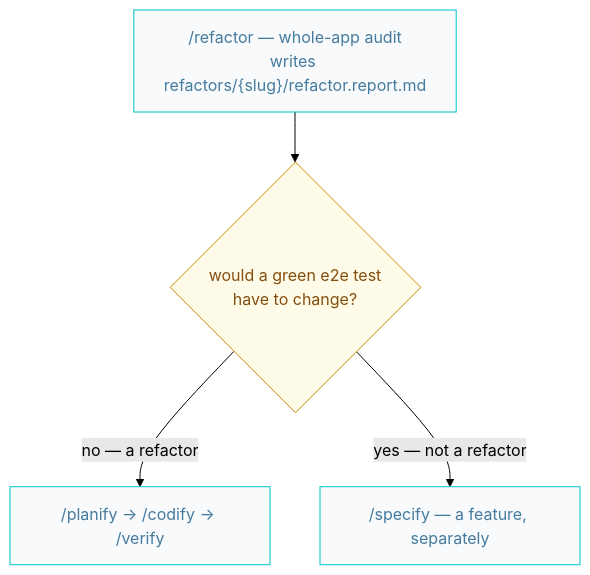
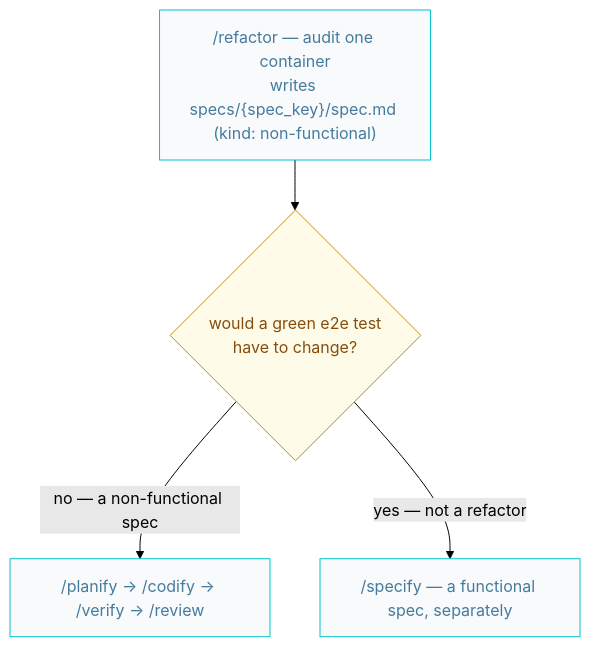
One commit to AIDDbot/AIDDbot changed the eighth of 10 diagrams in docs/AIDD.workflow.md. Above: the diagram before and after it, drawn with Mermaid (forest theme). The commit also changed other lines of this file and 28 other files, not shown here.

First line of the commit message:
refactor(skills): one spec, two doors — /refactor writes a non-functional spec

````diff
--- a/docs/AIDD.workflow.md
+++ b/docs/AIDD.workflow.md
@@ -281,9 +283,9 @@
 ```mermaid
 flowchart TD
   classDef nd fill:#f8fafc,stroke:#00c4cc,color:#457b9d
   classDef q fill:#fefce8,stroke:#ca8a04,color:#854d0e
 
-  REF["/refactor — whole-app audit<br/>writes refactors/{slug}/refactor.report.md"]:::nd --> Q{"would a green e2e test<br/>have to change?"}:::q
-  Q -->|"no — a refactor"| PLN["/planify → /codify → /verify"]:::nd
-  Q -->|"yes — not a refactor"| SPC["/specify — a feature, separately"]:::nd
+  REF["/refactor — audit one container<br/>writes specs/{spec_key}/spec.md (kind: non-functional)"]:::nd --> Q{"would a green e2e test<br/>have to change?"}:::q
+  Q -->|"no — a non-functional spec"| PLN["/planify → /codify → /verify → /review"]:::nd
+  Q -->|"yes — not a refactor"| SPC["/specify — a functional spec, separately"]:::nd
 ```
````
